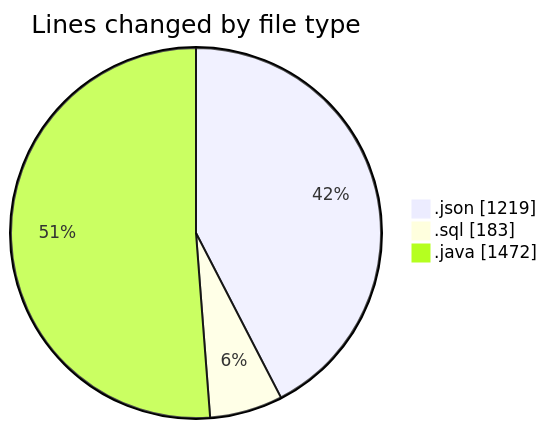
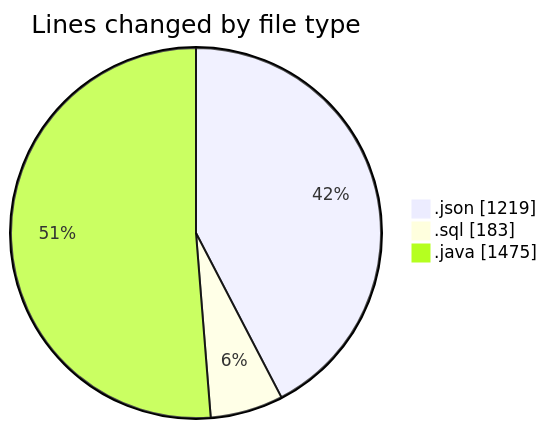
One commit to ricardozamudiocil/code-tracking changed the first of 2 diagrams in 2026-06-16/cilapp/README.md. Above: the diagram before and after it, drawn with Mermaid. The commit also changed other lines of this file and 1 other file, not shown here.

````diff
--- a/2026-06-16/cilapp/README.md
+++ b/2026-06-16/cilapp/README.md
@@ -25,7 +25,7 @@
 ```mermaid
 pie showData
 title Lines changed by file type
 ".json" : 1219
 ".sql" : 183
-".java" : 1472
+".java" : 1475
 ```
````
